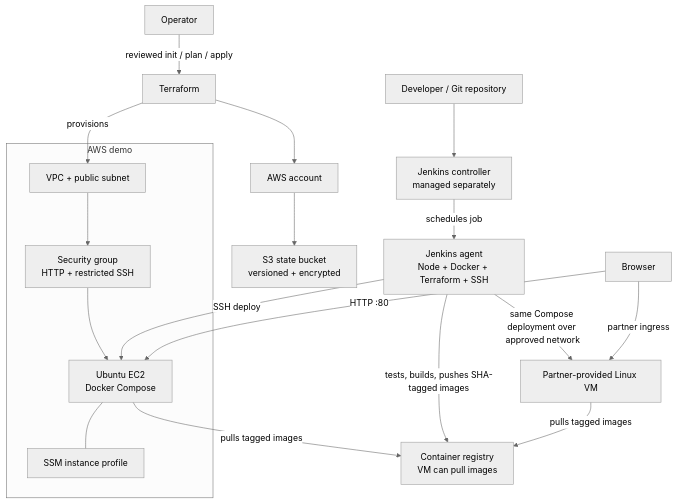
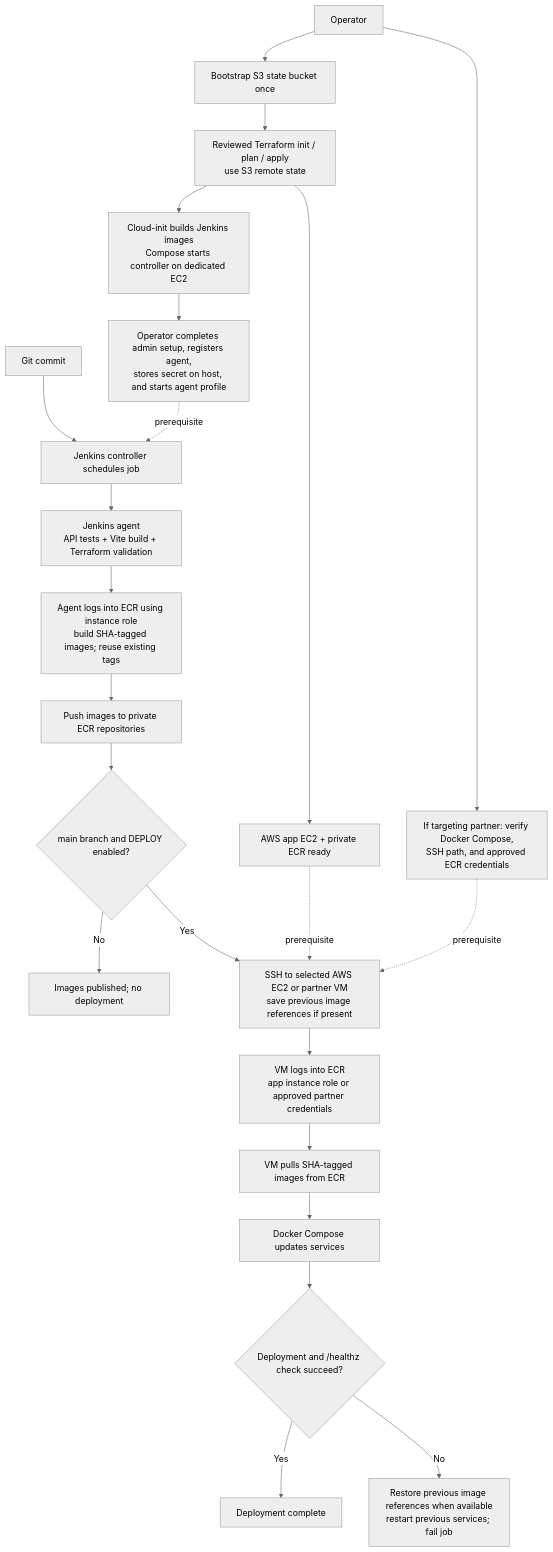
The third of 3 diagrams in demo.md (hinorashi/jenny), drawn with Mermaid (neutral theme) before and after one commit. The commit also changed other lines of this file and 15 other files, not shown here.

Commit message:
Enhance Jenkins and Terraform setup: add ECR repository management, update Dockerfiles, and improve deployment scripts; include detailed demo documentation and infrastructure diagrams.

````diff
--- a/demo.md
+++ b/demo.md
@@ -37,26 +102,26 @@
 ```mermaid
 flowchart TB
-    Dev[Developer / Git repository] --> Controller[Jenkins controller<br/>managed separately]
-    Controller -->|schedules job| Agent[Jenkins agent<br/>Node + Docker + Terraform + SSH]
-    Agent -->|tests, builds, pushes SHA-tagged images| Registry[Container registry<br/>VM can pull images]
-    Operator[Operator] -->|reviewed init / plan / apply| TF[Terraform]
-    TF --> AWSAccount[AWS account]
-    AWSAccount --> State[S3 state bucket<br/>versioned + encrypted]
+  Operator[Operator] --> Bootstrap[Bootstrap S3 state bucket once]
+  Bootstrap --> Apply[Reviewed Terraform init / plan / apply<br/>use S3 remote state]
+  Apply --> AWSReady[AWS app EC2 + private ECR ready]
+  Apply --> JenkinsReady[Cloud-init builds Jenkins images<br/>Compose starts controller on dedicated EC2]
+  JenkinsReady --> Setup[Operator completes admin setup, registers agent,<br/>stores secret on host, and starts agent profile]
+  Operator --> PartnerReady[If targeting partner: verify Docker Compose,<br/>SSH path, and approved ECR credentials]
 
-    subgraph AWS["AWS demo"]
-        VPC[VPC + public subnet]
-        SG[Security group<br/>HTTP + restricted SSH]
-        EC2[Ubuntu EC2<br/>Docker Compose]
-        SSM[SSM instance profile]
-        VPC --> SG --> EC2
-        EC2 --- SSM
-    end
-    TF -->|provisions| VPC
-    Agent -->|SSH deploy| EC2
-    EC2 -->|pulls tagged images| Registry
-    Browser[Browser] -->|HTTP :80| EC2
-
-    Agent -->|same Compose deployment over approved network| PartnerVM[Partner-provided Linux VM]
-    PartnerVM -->|pulls tagged images| Registry
-    Browser -->|partner ingress| PartnerVM
+  Git[Git commit] --> Controller[Jenkins controller schedules job]
+  Setup -. prerequisite .-> Controller
+  Controller --> Tests[Jenkins agent<br/>API tests + Vite build + Terraform validation]
+  Tests --> Build[Agent logs into ECR using instance role<br/>build SHA-tagged images; reuse existing tags]
+  Build --> Registry[Push images to private ECR repositories]
+  Registry --> Deploy{main branch and DEPLOY enabled?}
+  Deploy -->|No| Published[Images published; no deployment]
+  Deploy -->|Yes| SSH[SSH to selected AWS EC2 or partner VM<br/>save previous image references if present]
+  AWSReady -. prerequisite .-> SSH
+  PartnerReady -. prerequisite .-> SSH
+  SSH --> Login[VM logs into ECR<br/>app instance role or approved partner credentials]
+  Login --> Pull[VM pulls SHA-tagged images from ECR]
+  Pull --> Up[Docker Compose updates services]
+  Up --> Health{Deployment and /healthz check succeed?}
+  Health -->|Yes| Done[Deployment complete]
+  Health -->|No| Rollback[Restore previous image references when available<br/>restart previous services; fail job]
 ```
````
